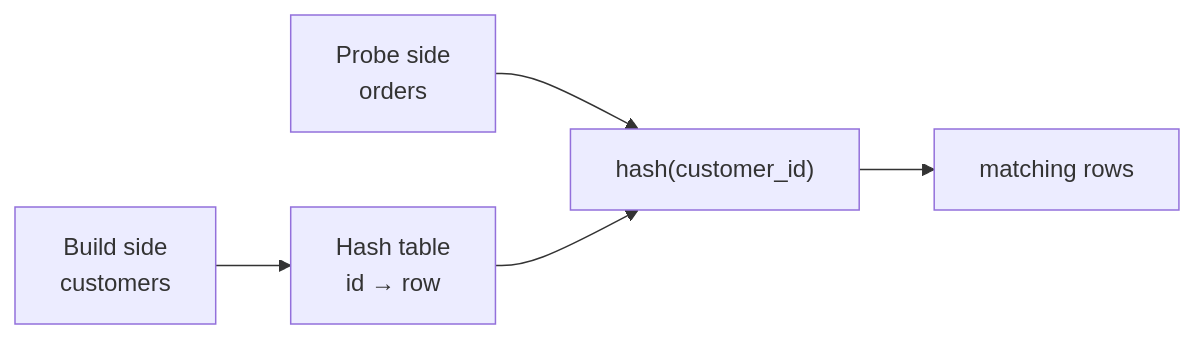
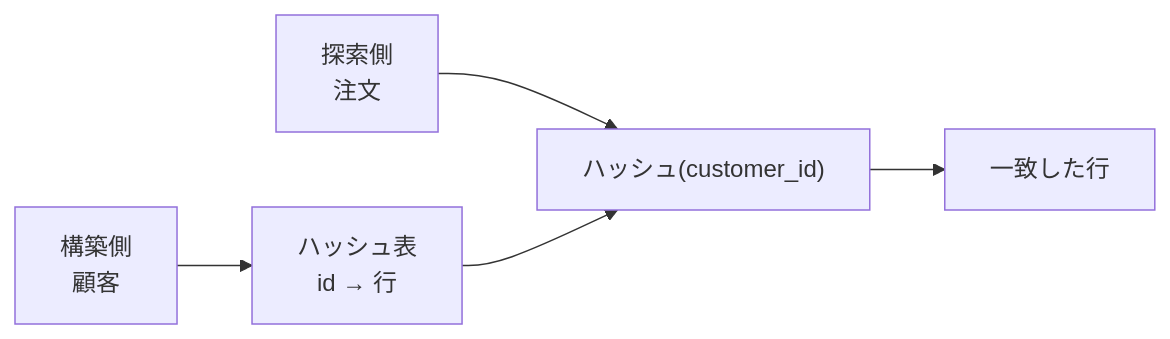
Before and after one commit to hirunebot/database-systems-book: the fourth of 8 diagrams in src/content/docs/03-query-processing/08-join-algorithms.md, drawn with Mermaid. The commit also changed other lines of this file and 42 other files, not shown here.

````diff
--- a/src/content/docs/03-query-processing/08-join-algorithms.md
+++ b/src/content/docs/03-query-processing/08-join-algorithms.md
@@ -114,7 +114,7 @@
 ```mermaid
 flowchart LR
-    Build["Build side<br/>customers"] --> Hash["Hash table<br/>id → row"]
-    Probe["Probe side<br/>orders"] --> Lookup["hash(customer_id)"]
+    Build["構築側<br/>顧客"] --> Hash["ハッシュ表<br/>id → 行"]
+    Probe["探索側<br/>注文"] --> Lookup["ハッシュ(customer_id)"]
     Hash --> Lookup
-    Lookup --> Out["matching rows"]
+    Lookup --> Out["一致した行"]
 ```
````
